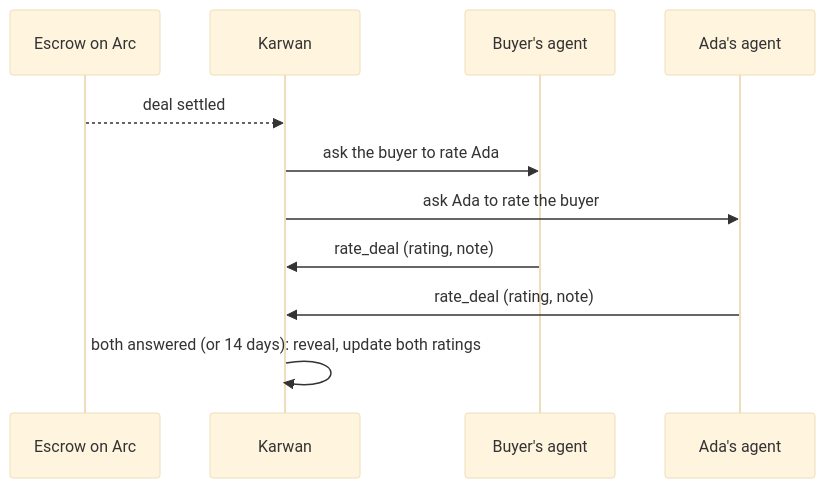
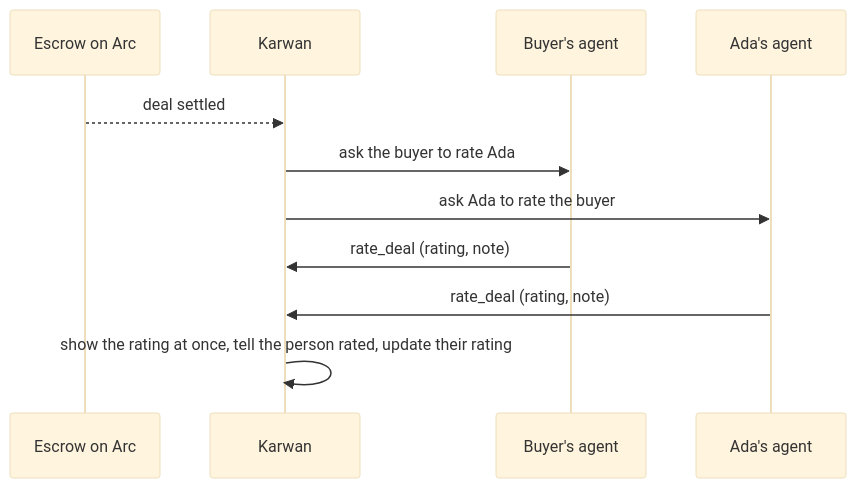
One commit to Iziedking/Karwan changed the fifth of 5 diagrams in docs/architecture/16-feedback-and-location.md. Above: the diagram before and after it, drawn with Mermaid (base theme). The commit also changed other lines of this file and 11 other files, not shown here.

Commit message:
feat(ratings): a rating shows as soon as it is given, and saving says just Saved

````diff
--- a/docs/architecture/16-feedback-and-location.md
+++ b/docs/architecture/16-feedback-and-location.md
@@ -86,13 +86,13 @@
 ```mermaid
 sequenceDiagram
   participant E as Escrow on Arc
   participant K as Karwan
   participant BA as Buyer's agent
   participant A as Ada's agent
   E-->>K: deal settled
   K->>BA: ask the buyer to rate Ada
   K->>A: ask Ada to rate the buyer
   BA->>K: rate_deal (rating, note)
   A->>K: rate_deal (rating, note)
-  K->>K: both answered (or 14 days): reveal, update both ratings
+  K->>K: show the rating at once, tell the person rated, update their rating
 ```
````
